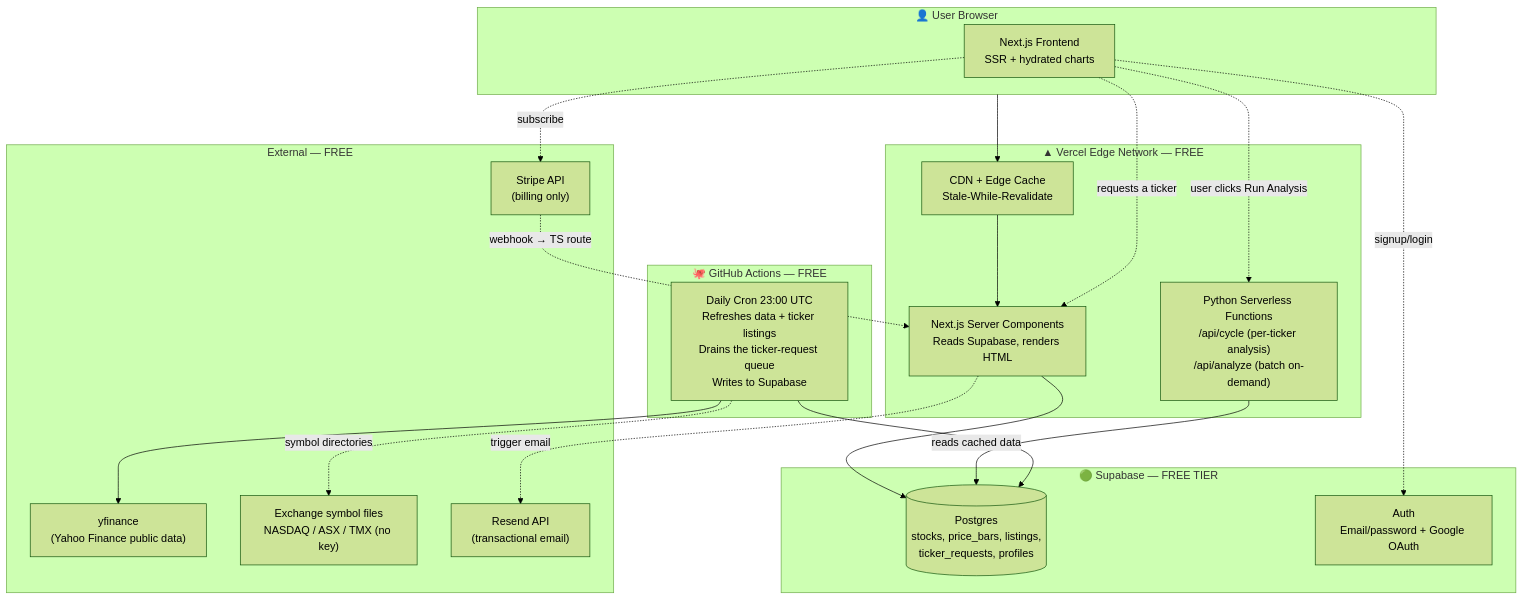
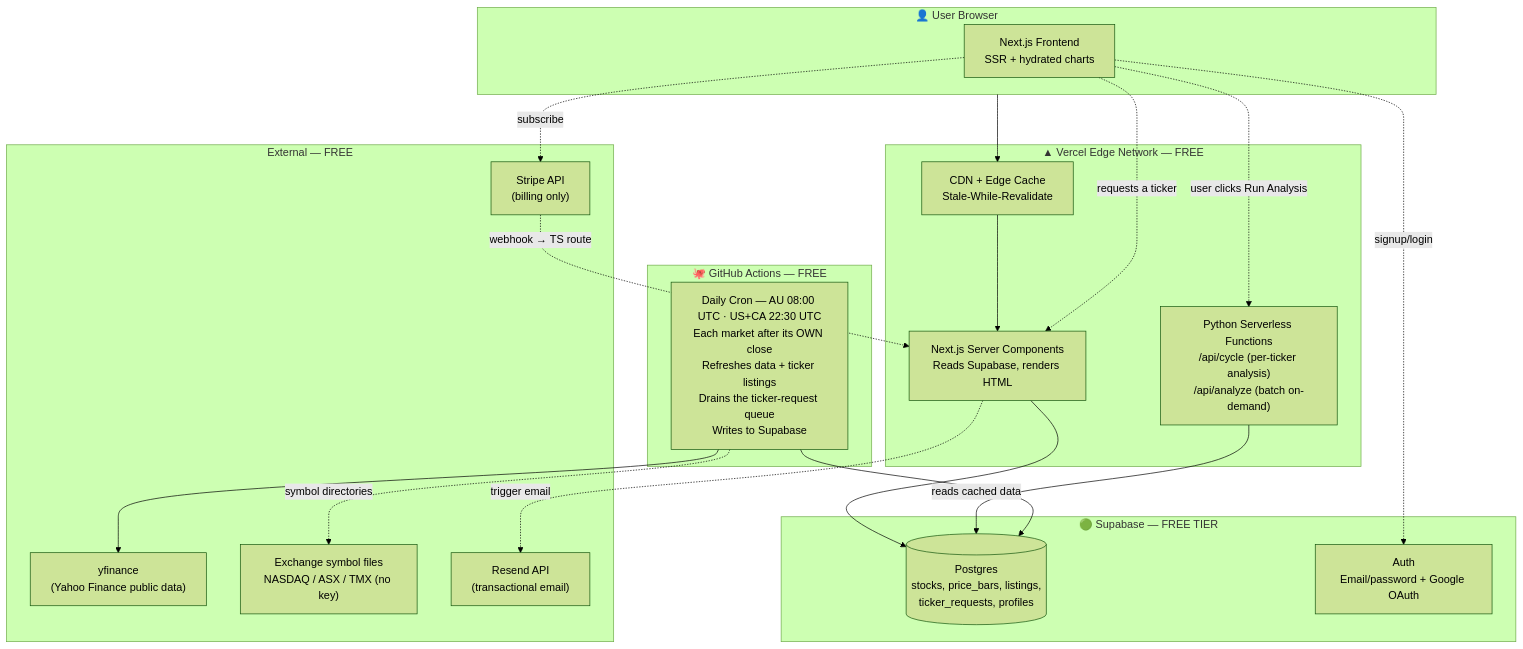
The diagram in docs/architecture.md (ayaatnibrasaziz/majorcycle), drawn with Mermaid (forest theme) before and after one commit. The commit also changed other lines of this file and 3 other files, not shown here.

````diff
--- a/docs/architecture.md
+++ b/docs/architecture.md
@@ -13,42 +13,42 @@
 ```mermaid
 flowchart TB
     subgraph User["👤 User Browser"]
         UI["Next.js Frontend<br/>SSR + hydrated charts"]
     end
 
     subgraph Vercel["▲ Vercel Edge Network — FREE"]
         Edge["CDN + Edge Cache<br/>Stale-While-Revalidate"]
         SSR["Next.js Server Components<br/>Reads Supabase, renders HTML"]
         PyFn["Python Serverless Functions<br/>/api/cycle (per-ticker analysis)<br/>/api/analyze (batch on-demand)"]
     end
 
     subgraph Supabase["🟢 Supabase — FREE TIER"]
         DB[("Postgres<br/>stocks, price_bars, listings,<br/>ticker_requests, profiles")]
         Auth["Auth<br/>Email/password + Google OAuth"]
     end
 
     subgraph GHA["🐙 GitHub Actions — FREE"]
-        Cron["Daily Cron 23:00 UTC<br/>Refreshes data + ticker listings<br/>Drains the ticker-request queue<br/>Writes to Supabase"]
+        Cron["Daily Cron — AU 08:00 UTC · US+CA 22:30 UTC<br/>Each market after its OWN close<br/>Refreshes data + ticker listings<br/>Drains the ticker-request queue<br/>Writes to Supabase"]
     end
 
     subgraph External["External — FREE"]
         YF["yfinance<br/>(Yahoo Finance public data)"]
         ExchFiles["Exchange symbol files<br/>NASDAQ / ASX / TMX (no key)"]
         Stripe["Stripe API<br/>(billing only)"]
         Resend["Resend API<br/>(transactional email)"]
     end
 
     User --> Edge
     Edge --> SSR
     SSR --> DB
     UI -.->|user clicks Run Analysis| PyFn
     UI -.->|requests a ticker| SSR
     PyFn -->|reads cached data| DB
     Cron --> YF
     Cron -.->|symbol directories| ExchFiles
     Cron --> DB
     UI -.->|signup/login| Auth
     UI -.->|subscribe| Stripe
     Stripe -.->|webhook → TS route| SSR
     SSR -.->|trigger email| Resend
 ```
````
